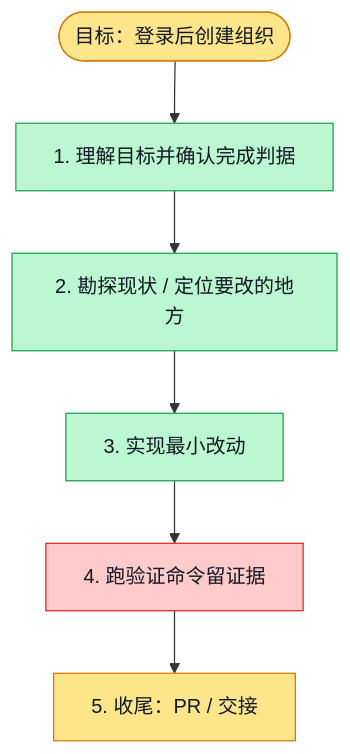
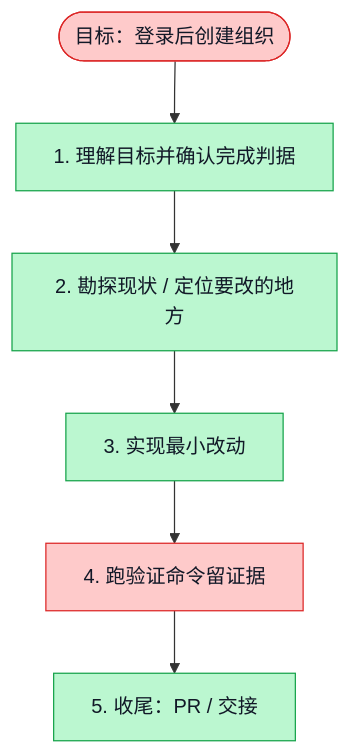
The diagram in evidence/org-create-5494/plan.md (boardx/workspacex), drawn with Mermaid before and after one commit.

Commit message:
docs: finalize organization creation execution plan

````diff
--- a/evidence/org-create-5494/plan.md
+++ b/evidence/org-create-5494/plan.md
@@ -17,25 +17,26 @@
 ```mermaid
 flowchart TD
   G([目标：登录后创建组织])
   S1[1. 理解目标并确认完成判据]
   S2[2. 勘探现状 / 定位要改的地方]
   S3[3. 实现最小改动]
   S4[4. 跑验证命令留证据]
   S5[5. 收尾：PR / 交接]
 
   G --> S1 --> S2 --> S3 --> S4 --> S5
 
   classDef todo fill:#e5e7eb,stroke:#6b7280,color:#111827
   classDef doing fill:#fde68a,stroke:#d97706,color:#111827
   classDef done fill:#bbf7d0,stroke:#16a34a,color:#111827
   classDef tested fill:#ddd6fe,stroke:#7c3aed,color:#111827
   classDef blocked fill:#fecaca,stroke:#dc2626,color:#111827
 
-  class G doing
+  class G blocked
+  %% blocked G: draft PR 已交付；全局颜色 token 门在干净 main 仍失败，CI 尚未确认全绿
   class S1 done
   class S2 done
   class S3 done
   class S4 blocked
   %% blocked S4: 定向测试通过；全局 token 检查在干净 main 重现；Web 全套仍在执行，见 README 和日志
-  class S5 doing
+  class S5 done
 ```
````
